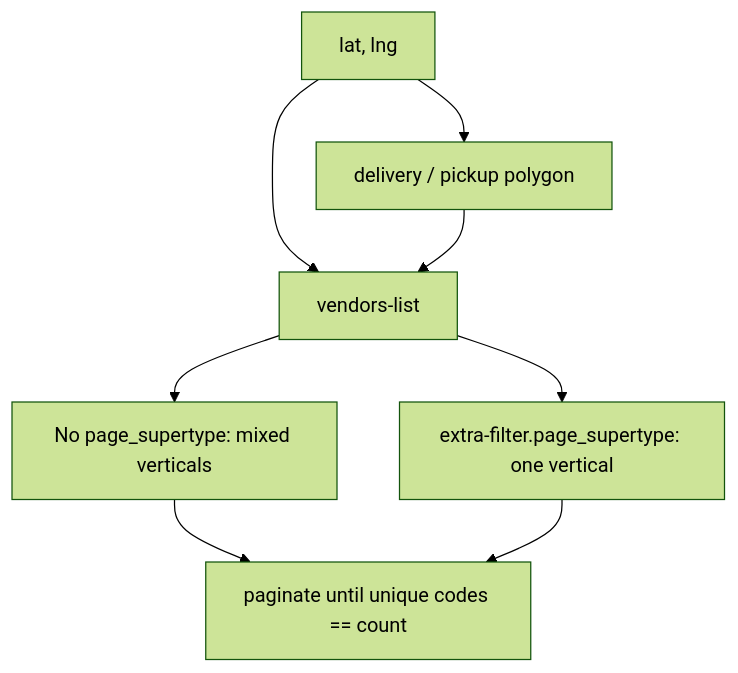
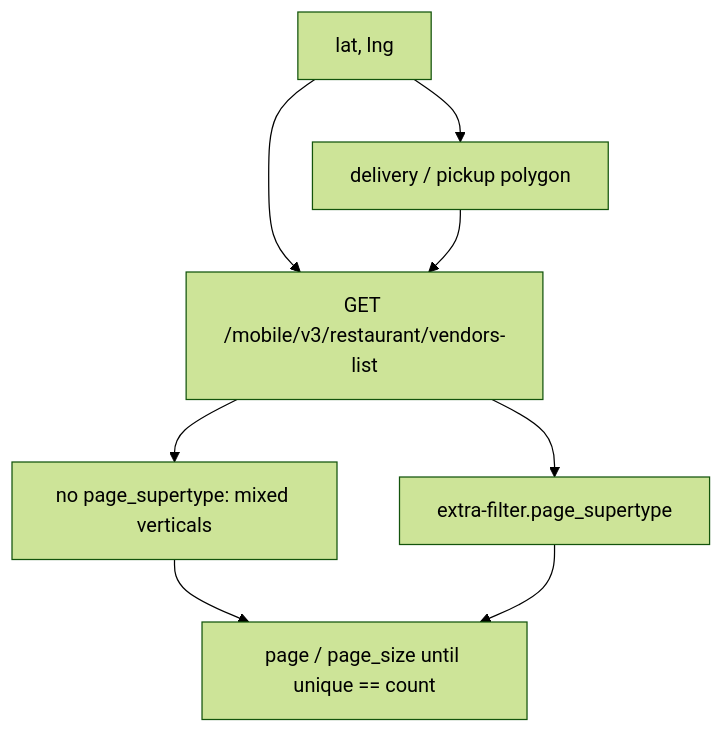
One commit to erfnzdeh/snapp-hack changed the fifth of 12 diagrams in README.md. Above: the diagram before and after it, drawn with Mermaid (forest theme). The commit also changed other lines of this file, not shown here.

````diff
--- a/README.md
+++ b/README.md
@@ -147,10 +433,10 @@
 ```mermaid
 flowchart TB
-  PIN["lat, lng"] --> LIST["vendors-list"]
-  LIST --> ALL["No page_supertype: mixed verticals"]
-  LIST --> ST["extra-filter.page_supertype: one vertical"]
-  ALL --> PAGE["paginate until unique codes == count"]
+  PIN["lat, lng"] --> LIST["GET /mobile/v3/restaurant/vendors-list"]
+  LIST --> ALL["no page_supertype: mixed verticals"]
+  LIST --> ST["extra-filter.page_supertype"]
+  ALL --> PAGE["page / page_size until unique == count"]
   ST --> PAGE
   PIN --> POLY["delivery / pickup polygon"]
   POLY --> LIST
 ```
````
